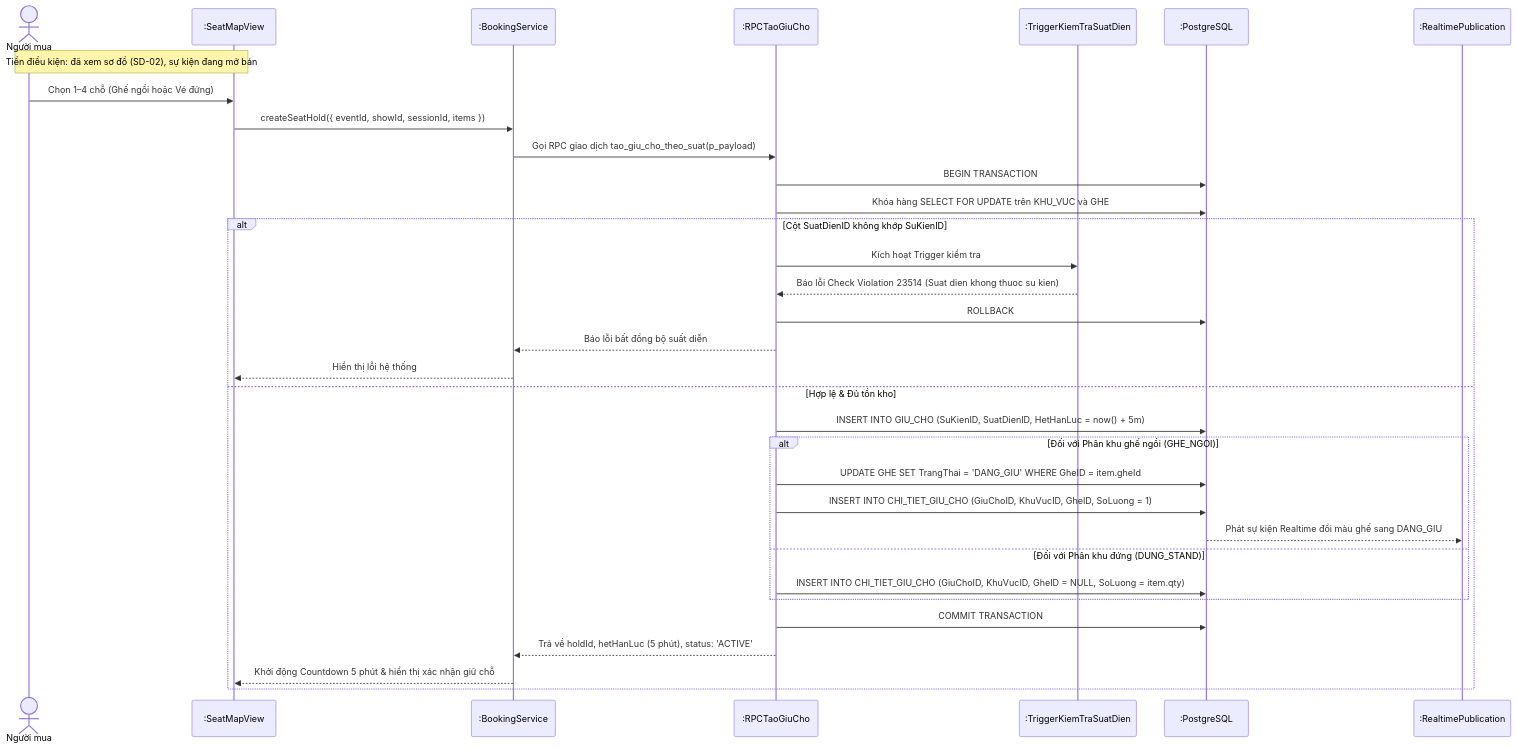
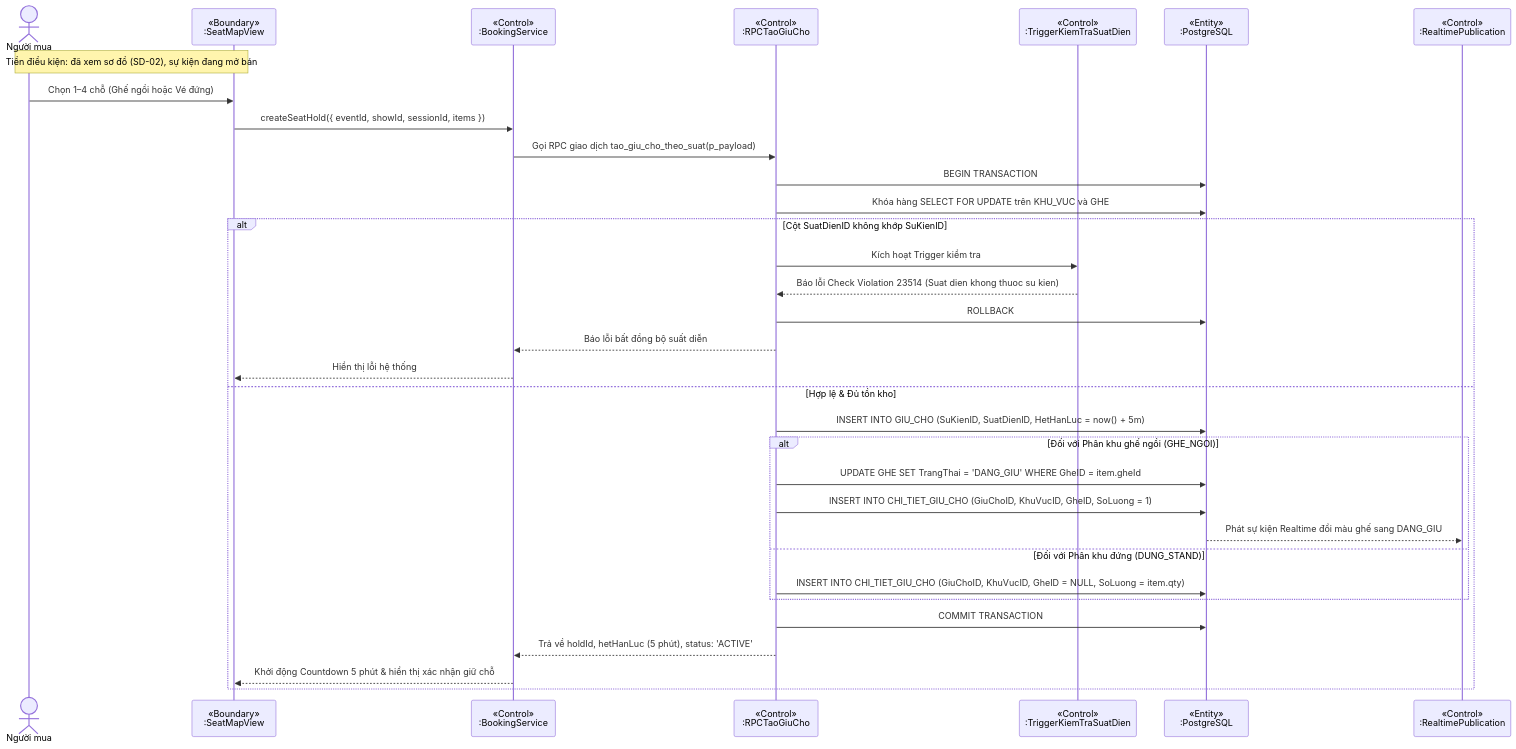
Before and after one commit to minhdc2011/EVENTTICKETING: diagram 14 of 16 in docs/sprint1-deliverables/02_ANALYSIS_AND_SYSTEM_DESIGN.md, drawn with Mermaid. The commit also changed other lines of this file, not shown here.

Commit message:
docs: add BCE stereotypes to sequence diagram lifelines

````diff
--- a/docs/sprint1-deliverables/02_ANALYSIS_AND_SYSTEM_DESIGN.md
+++ b/docs/sprint1-deliverables/02_ANALYSIS_AND_SYSTEM_DESIGN.md
@@ -967,38 +969,38 @@
 ```mermaid
 sequenceDiagram
   actor U as Người mua
-  participant UI as :SeatMapView
-  participant BS as :BookingService
-  participant RPC as :RPCTaoGiuCho
-  participant TRG as :TriggerKiemTraSuatDien
-  participant DB as :PostgreSQL
-  participant WS as :RealtimePublication
+  participant UI as «Boundary»<br/>:SeatMapView
+  participant BS as «Control»<br/>:BookingService
+  participant RPC as «Control»<br/>:RPCTaoGiuCho
+  participant TRG as «Control»<br/>:TriggerKiemTraSuatDien
+  participant DB as «Entity»<br/>:PostgreSQL
+  participant WS as «Control»<br/>:RealtimePublication
 
   Note over U,UI: Tiền điều kiện: đã xem sơ đồ (SD-02), sự kiện đang mở bán
 
   U->>UI: Chọn 1–4 chỗ (Ghế ngồi hoặc Vé đứng)
   UI->>BS: createSeatHold({ eventId, showId, sessionId, items })
   BS->>RPC: Gọi RPC giao dịch tao_giu_cho_theo_suat(p_payload)
   RPC->>DB: BEGIN TRANSACTION;
   RPC->>DB: Khóa hàng SELECT FOR UPDATE trên KHU_VUC và GHE
 
   alt Cột SuatDienID không khớp SuKienID
     RPC->>TRG: Kích hoạt Trigger kiểm tra
     TRG-->>RPC: Báo lỗi Check Violation 23514 (Suat dien khong thuoc su kien)
     RPC->>DB: ROLLBACK;
     RPC-->>BS: Báo lỗi bất đồng bộ suất diễn
     BS-->>UI: Hiển thị lỗi hệ thống
   else Hợp lệ & Đủ tồn kho
     RPC->>DB: INSERT INTO GIU_CHO (SuKienID, SuatDienID, HetHanLuc = now() + 5m)
     alt Đối với Phân khu ghế ngồi (GHE_NGOI)
       RPC->>DB: UPDATE GHE SET TrangThai = 'DANG_GIU' WHERE GheID = item.gheId
       RPC->>DB: INSERT INTO CHI_TIET_GIU_CHO (GiuChoID, KhuVucID, GheID, SoLuong = 1)
       DB-->>WS: Phát sự kiện Realtime đổi màu ghế sang DANG_GIU
     else Đối với Phân khu đứng (DUNG_STAND)
       RPC->>DB: INSERT INTO CHI_TIET_GIU_CHO (GiuChoID, KhuVucID, GheID = NULL, SoLuong = item.qty)
     end
     RPC->>DB: COMMIT TRANSACTION;
     RPC-->>BS: Trả về holdId, hetHanLuc (5 phút), status: 'ACTIVE'
     BS-->>UI: Khởi động Countdown 5 phút & hiển thị xác nhận giữ chỗ
   end
 ```
````
